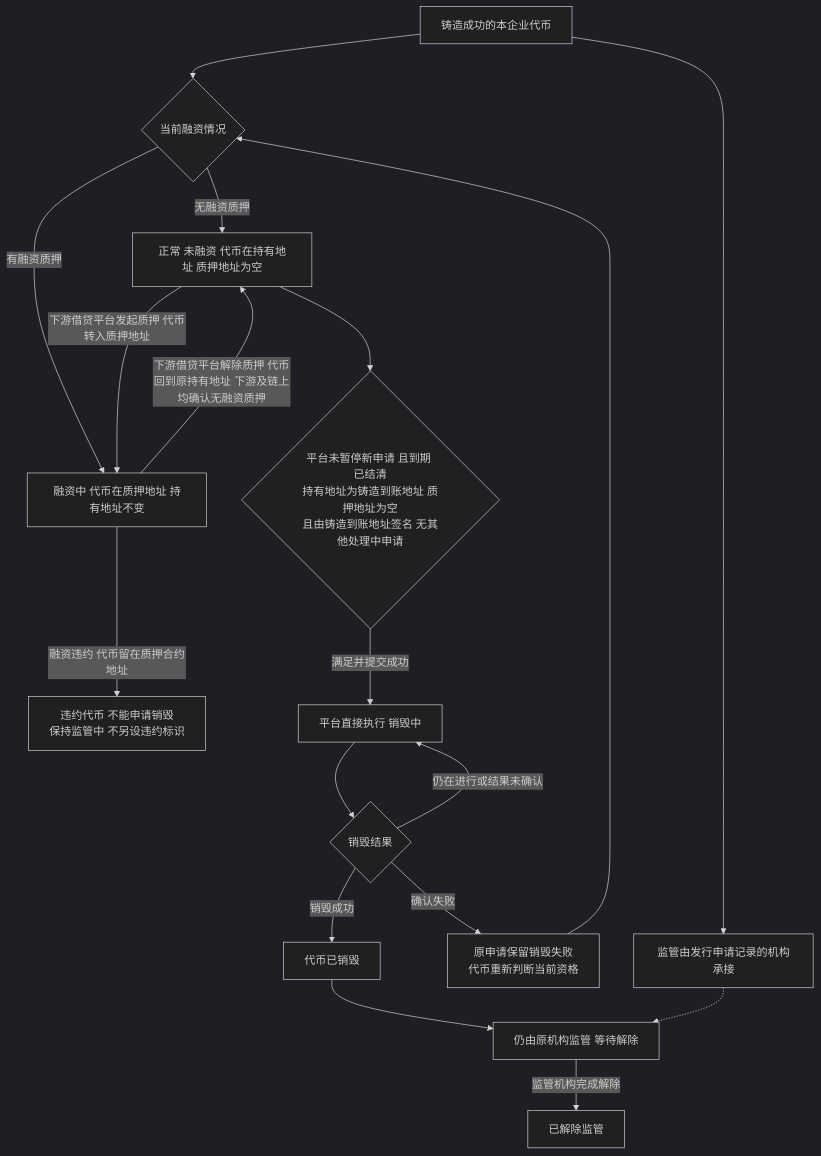
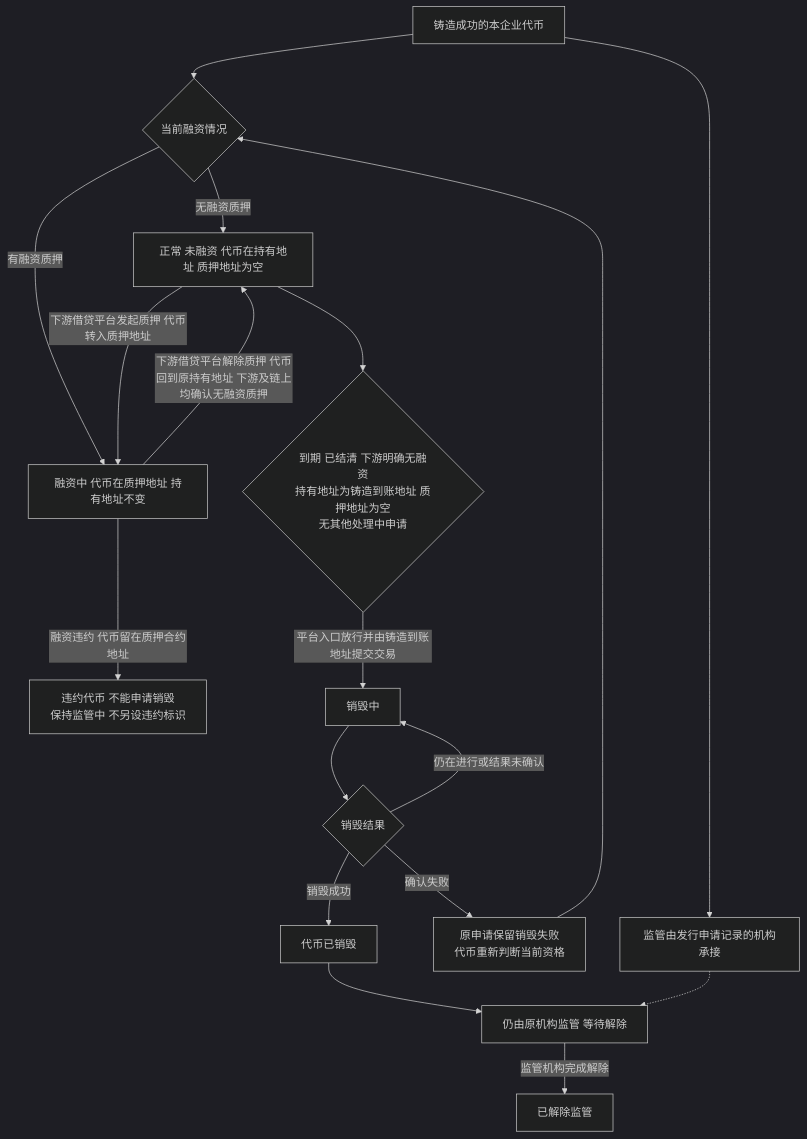
One commit to wxblockchain/Chain-Financing changed the fourth of 4 diagrams in token-issuance-platform/PRD/面客端/M4a-我的代币与销毁申请/02-我的代币与销毁申请-流程图与状态机.md. Above: the diagram before and after it, drawn with Mermaid (dark theme). The commit also changed other lines of this file and 15 other files, not shown here.

````diff
--- a/token-issuance-platform/PRD/面客端/M4a-我的代币与销毁申请/02-我的代币与销毁申请-流程图与状态机.md
+++ b/token-issuance-platform/PRD/面客端/M4a-我的代币与销毁申请/02-我的代币与销毁申请-流程图与状态机.md
@@ -104,20 +100,20 @@
 ```mermaid
 flowchart TD
     A[铸造成功的本企业代币] --> B[监管由发行申请记录的机构承接]
     A --> C{当前融资情况}
     C -->|无融资质押| D[正常 未融资 代币在持有地址 质押地址为空]
     C -->|有融资质押| E[融资中 代币在质押地址 持有地址不变]
     D -->|下游借贷平台发起质押 代币转入质押地址| E
     E -->|下游借贷平台解除质押 代币回到原持有地址 下游及链上均确认无融资质押| D
     E -->|融资违约 代币留在质押合约地址| X[违约代币 不能申请销毁<br/>保持监管中 不另设违约标识]
-    D --> F{平台未暂停新申请 且到期 已结清<br/>持有地址为铸造到账地址 质押地址为空<br/>且由铸造到账地址签名 无其他处理中申请}
-    F -->|满足并提交成功| G[平台直接执行 销毁中]
+    D --> F{到期 已结清 下游明确无融资<br/>持有地址为铸造到账地址 质押地址为空<br/>无其他处理中申请}
+    F -->|平台入口放行并由铸造到账地址提交交易| G[销毁中]
     G --> H{销毁结果}
     H -->|仍在进行或结果未确认| G
     H -->|确认失败| I[原申请保留销毁失败<br/>代币重新判断当前资格]
     I --> C
     H -->|销毁成功| J[代币已销毁]
     J --> K[仍由原机构监管 等待解除]
     B -.-> K
     K -->|监管机构完成解除| L[已解除监管]
 ```
````
